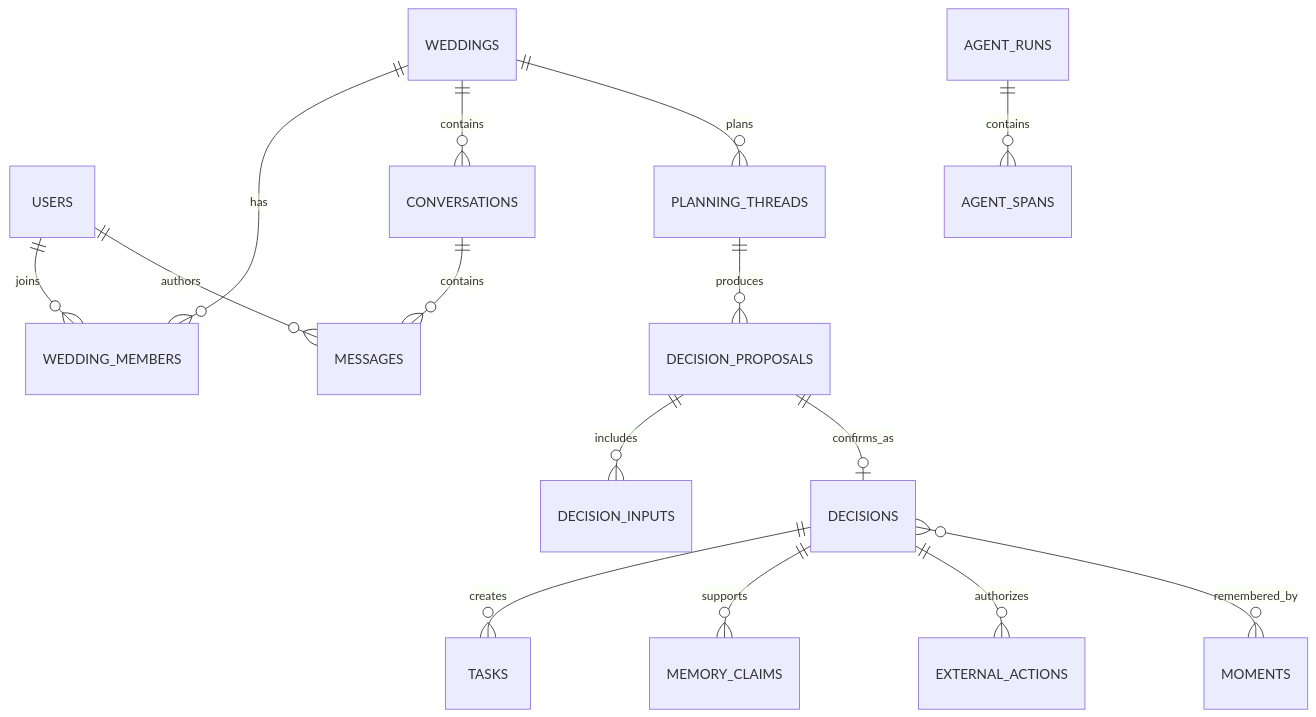
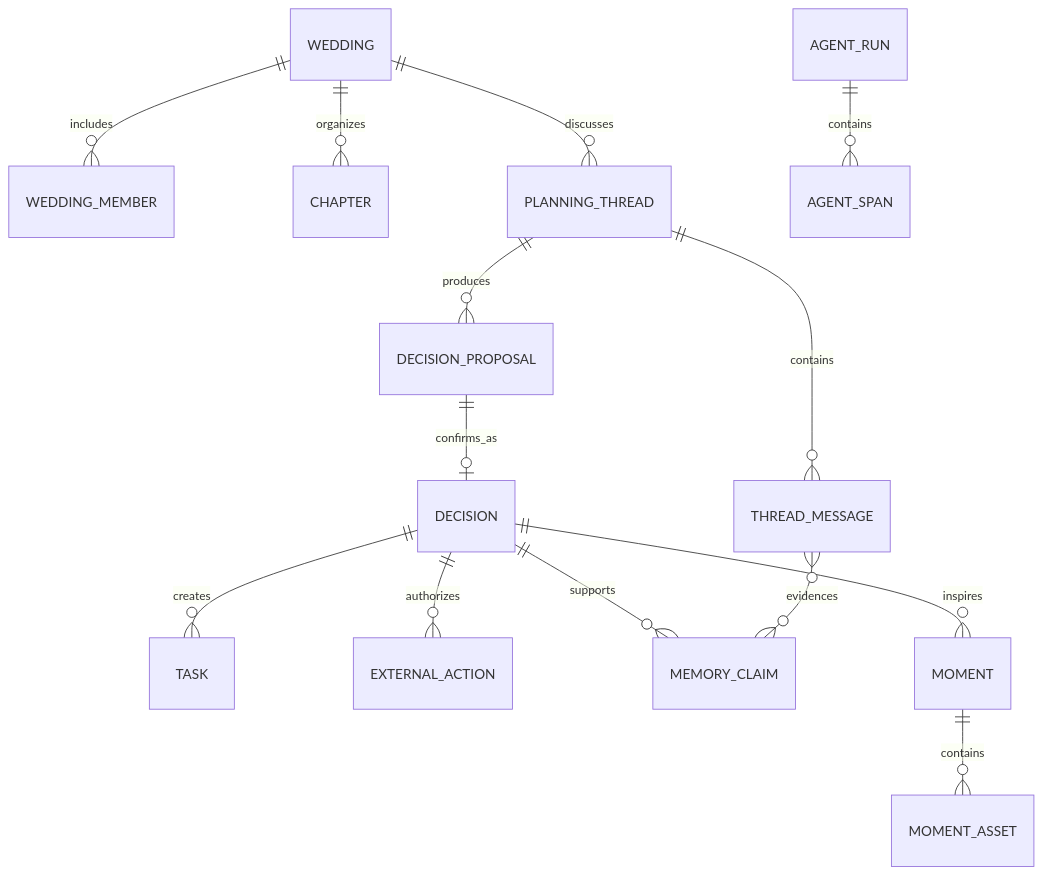
Before and after one commit to QiaohuiGao/Bliss: the third of 3 diagrams in docs/AGENTIC-SYSTEM-DESIGN.md, drawn with Mermaid. The commit also changed other lines of this file and 79 other files, not shown here.

First line of the commit message:
feat: scope planning threads to a single authored question

````diff
--- a/docs/AGENTIC-SYSTEM-DESIGN.md
+++ b/docs/AGENTIC-SYSTEM-DESIGN.md
@@ -896,17 +710,16 @@
 ```mermaid
 erDiagram
-    WEDDINGS ||--o{ WEDDING_MEMBERS : has
-    USERS ||--o{ WEDDING_MEMBERS : joins
-    WEDDINGS ||--o{ CONVERSATIONS : contains
-    CONVERSATIONS ||--o{ MESSAGES : contains
-    USERS ||--o{ MESSAGES : authors
-    WEDDINGS ||--o{ PLANNING_THREADS : plans
-    PLANNING_THREADS ||--o{ DECISION_PROPOSALS : produces
-    DECISION_PROPOSALS ||--o{ DECISION_INPUTS : includes
-    DECISION_PROPOSALS ||--o| DECISIONS : confirms_as
-    DECISIONS ||--o{ TASKS : creates
-    DECISIONS ||--o{ MEMORY_CLAIMS : supports
-    DECISIONS ||--o{ EXTERNAL_ACTIONS : authorizes
-    DECISIONS }o--o{ MOMENTS : remembered_by
-    AGENT_RUNS ||--o{ AGENT_SPANS : contains
+    WEDDING ||--o{ WEDDING_MEMBER : includes
+    WEDDING ||--o{ CHAPTER : organizes
+    WEDDING ||--o{ PLANNING_THREAD : discusses
+    PLANNING_THREAD ||--o{ THREAD_MESSAGE : contains
+    PLANNING_THREAD ||--o{ DECISION_PROPOSAL : produces
+    DECISION_PROPOSAL ||--o| DECISION : confirms_as
+    DECISION ||--o{ TASK : creates
+    DECISION ||--o{ EXTERNAL_ACTION : authorizes
+    DECISION ||--o{ MEMORY_CLAIM : supports
+    DECISION ||--o{ MOMENT : inspires
+    THREAD_MESSAGE }o--o{ MEMORY_CLAIM : evidences
+    MOMENT ||--o{ MOMENT_ASSET : contains
+    AGENT_RUN ||--o{ AGENT_SPAN : contains
 ```
````
